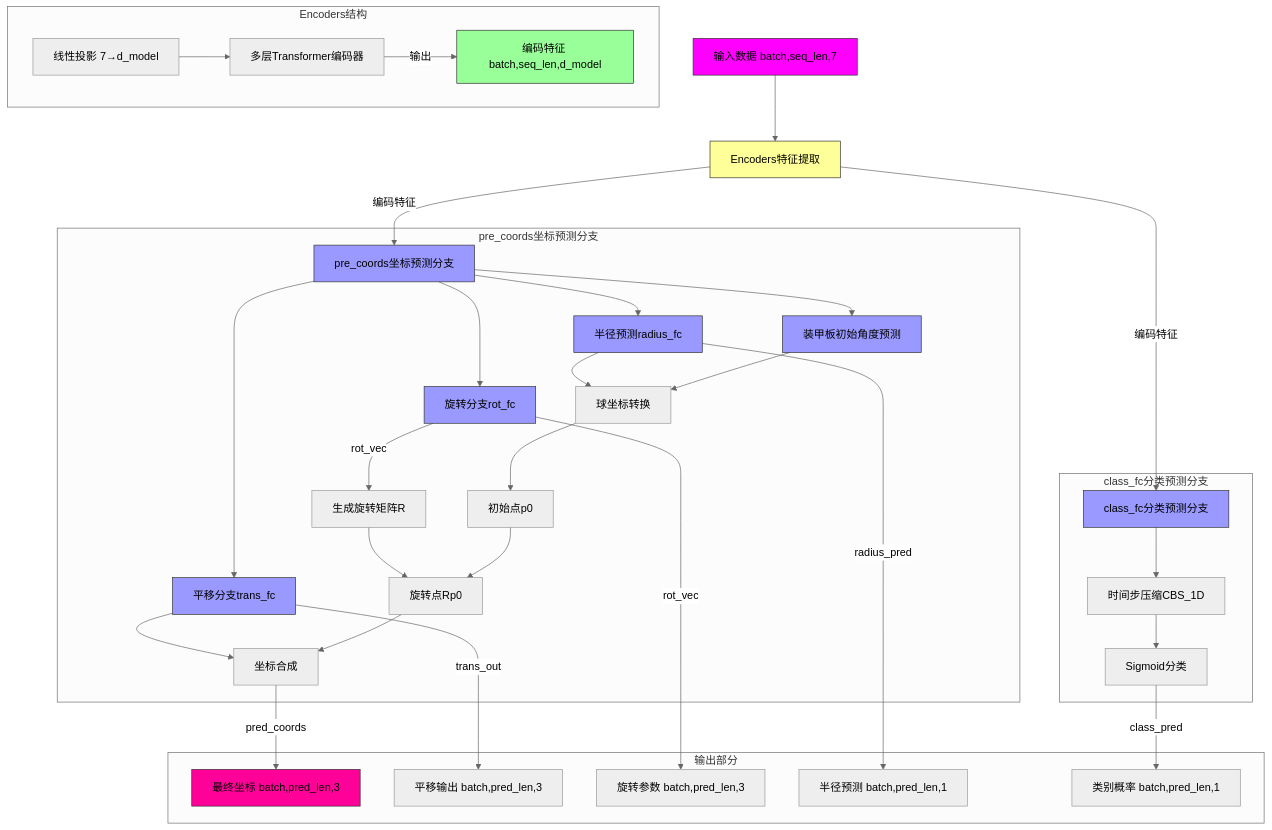
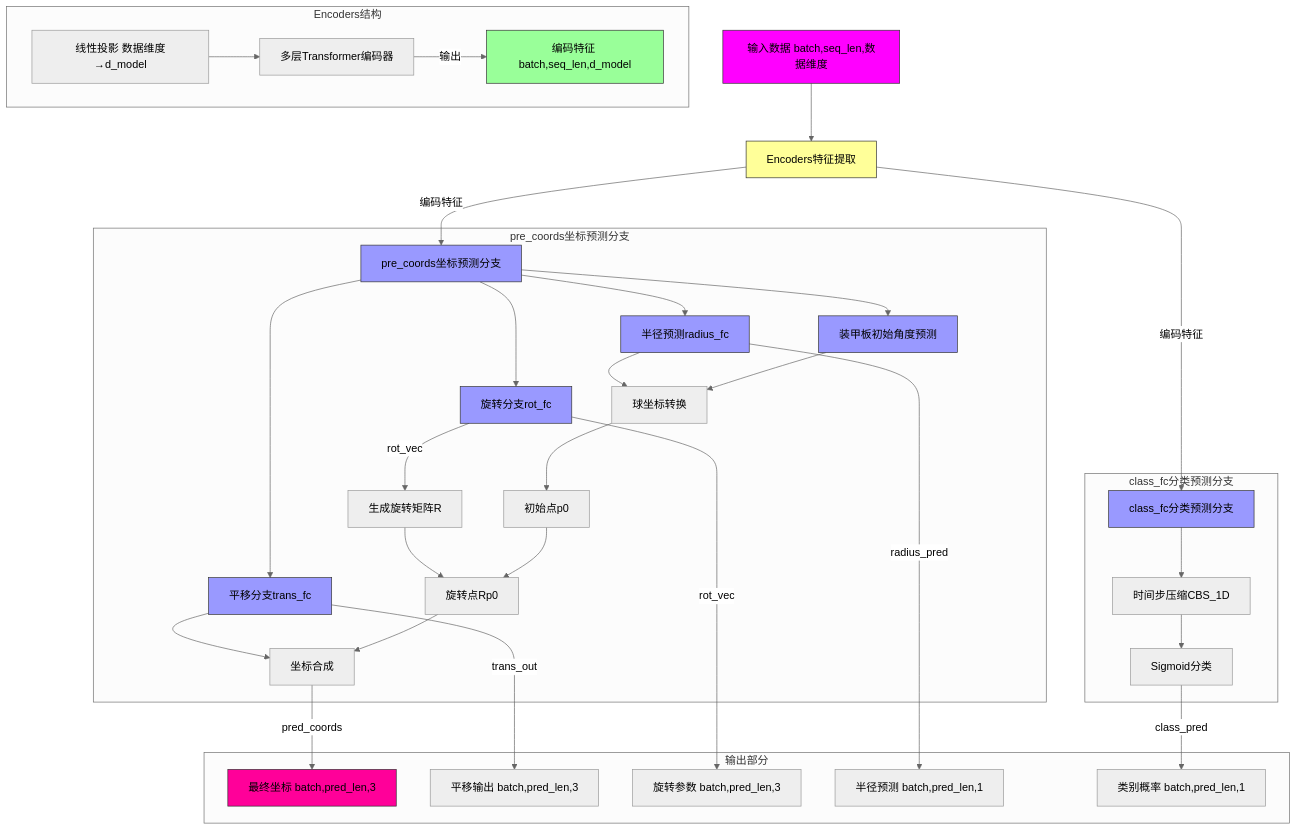
One commit to soloplayl/Total3DAutoAim_md changed the diagram in README.md. Above: the diagram before and after it, drawn with Mermaid (neutral theme). The commit also changed other lines of this file and 6 other files, not shown here.

````diff
--- a/README.md
+++ b/README.md
@@ -15,52 +83,52 @@
 ```mermaid
  graph TD
-     A[输入数据 batch,seq_len,7] --> B[Encoders特征提取]
+     A[输入数据 batch,seq_len,数据维度] --> B[Encoders特征提取]
      B -->|编码特征| C[pre_coords坐标预测分支]
      B -->|编码特征| D[class_fc分类预测分支]
      
  
      subgraph pre_coords坐标预测分支
          C --> C1[平移分支trans_fc]
          C --> C2[旋转分支rot_fc]
          C --> C3[半径预测radius_fc]
          C --> C4[装甲板初始角度预测]
          C2 --> |rot_vec| C5[生成旋转矩阵R]
          C3 --> C6[球坐标转换]
          C4 --> C6
          C6 --> C7[初始点p0]
          C5 --> C8[旋转点Rp0]
          C7 --> C8
          C1 --> C9[坐标合成]
          C8 --> C9
      end
      
      subgraph class_fc分类预测分支
          D --> D1[时间步压缩CBS_1D]
          D1 --> D2[Sigmoid分类]
      end
      
      subgraph 输出部分
          C9 -->|pred_coords| E[最终坐标 batch,pred_len,3]
          C1 -->|trans_out| F[平移输出 batch,pred_len,3]
          C2 -->|rot_vec| G[旋转参数 batch,pred_len,3]
          C3 -->|radius_pred| H[半径预测 batch,pred_len,1]
          D2 -->|class_pred| I[类别概率 batch,pred_len,1]
      end
  
      subgraph Encoders结构
-         B1[线性投影 7→d_model]
+         B1[线性投影 数据维度→d_model]
          B1 --> B2[多层Transformer编码器]
          B2 -->|输出| B3[编码特征 batch,seq_len,d_model]
      end
      
      style A fill:#f0f,stroke:#333
      style B fill:#FF9,stroke:#333
      style B3 fill:#9f9,stroke:#333
      style C fill:#99f,stroke:#333
      style C1 fill:#99f,stroke:#333
      style C2 fill:#99f,stroke:#333
      style C3 fill:#99f,stroke:#333
      style C4 fill:#99f,stroke:#333
      style D fill:#99F,stroke:#333
      style E fill:#f09,stroke:#333
  ```
````
